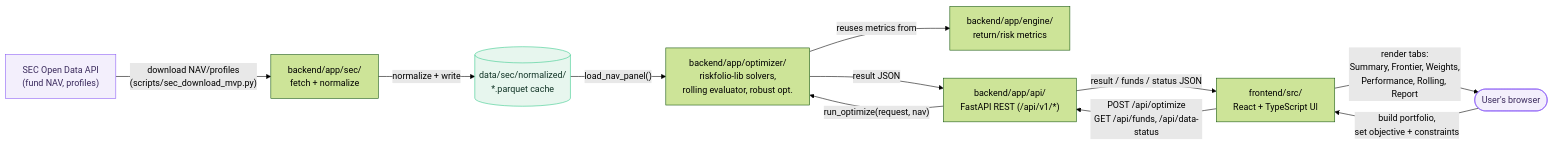
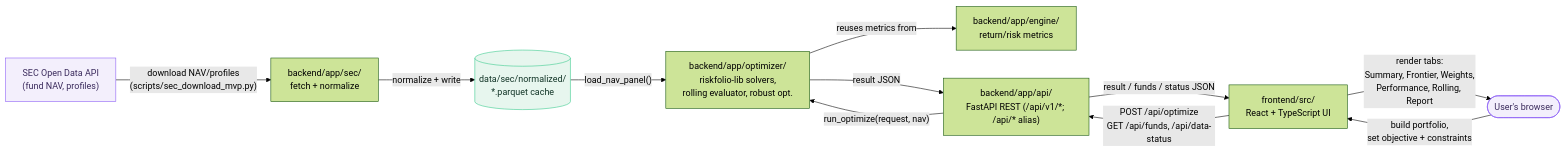
The diagram in README.md (bblank09/Portfolio-Optimization), drawn with Mermaid (forest theme) before and after one commit. The commit also changed other lines of this file and 69 other files, not shown here.

````diff
--- a/README.md
+++ b/README.md
@@ -68,27 +68,27 @@
 ```mermaid
 flowchart LR
     SEC["SEC Open Data API<br/>(fund NAV, profiles)"]
     SECMOD["backend/app/sec/<br/>fetch + normalize"]
     CACHE[("data/sec/normalized/<br/>*.parquet cache")]
     ENGINE["backend/app/engine/<br/>return/risk metrics"]
     OPT["backend/app/optimizer/<br/>riskfolio-lib solvers,\nrolling evaluator, robust opt."]
-    API["backend/app/api/<br/>FastAPI REST (/api/v1/*)"]
+    API["backend/app/api/<br/>FastAPI REST (/api/v1/*; /api/* alias)"]
     FE["frontend/src/<br/>React + TypeScript UI"]
     USER(["User's browser"])
 
     SEC -- "download NAV/profiles\n(scripts/sec_download_mvp.py)" --> SECMOD
     SECMOD -- "normalize + write" --> CACHE
     CACHE -- "load_nav_panel()" --> OPT
     OPT -- "reuses metrics from" --> ENGINE
     API -- "run_optimize(request, nav)" --> OPT
     OPT -- "result JSON" --> API
     USER -- "build portfolio,\nset objective + constraints" --> FE
     FE -- "POST /api/optimize\nGET /api/funds, /api/data-status" --> API
     API -- "result / funds / status JSON" --> FE
     FE -- "render tabs:\nSummary, Frontier, Weights,\nPerformance, Rolling, Report" --> USER
 
     classDef external fill:#f3effc,stroke:#8b5cf6,color:#3a2a5c;
     classDef storage fill:#e7f6ee,stroke:#34c98a,color:#123527;
     class SEC,USER external;
     class CACHE storage;
 ```
````
